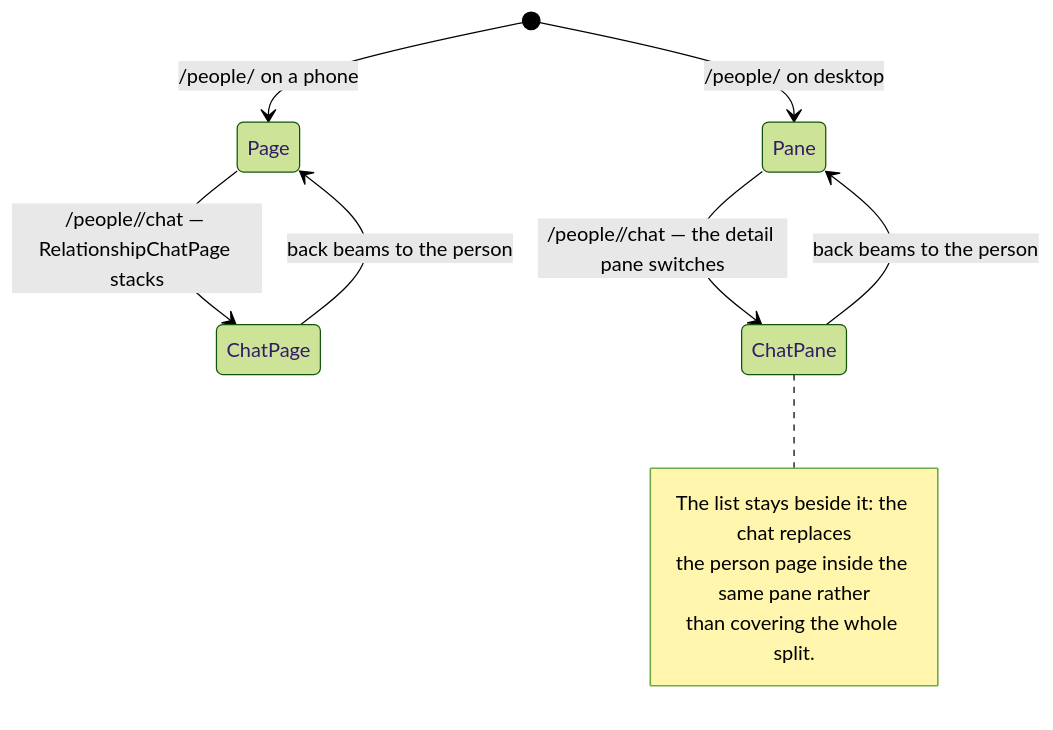
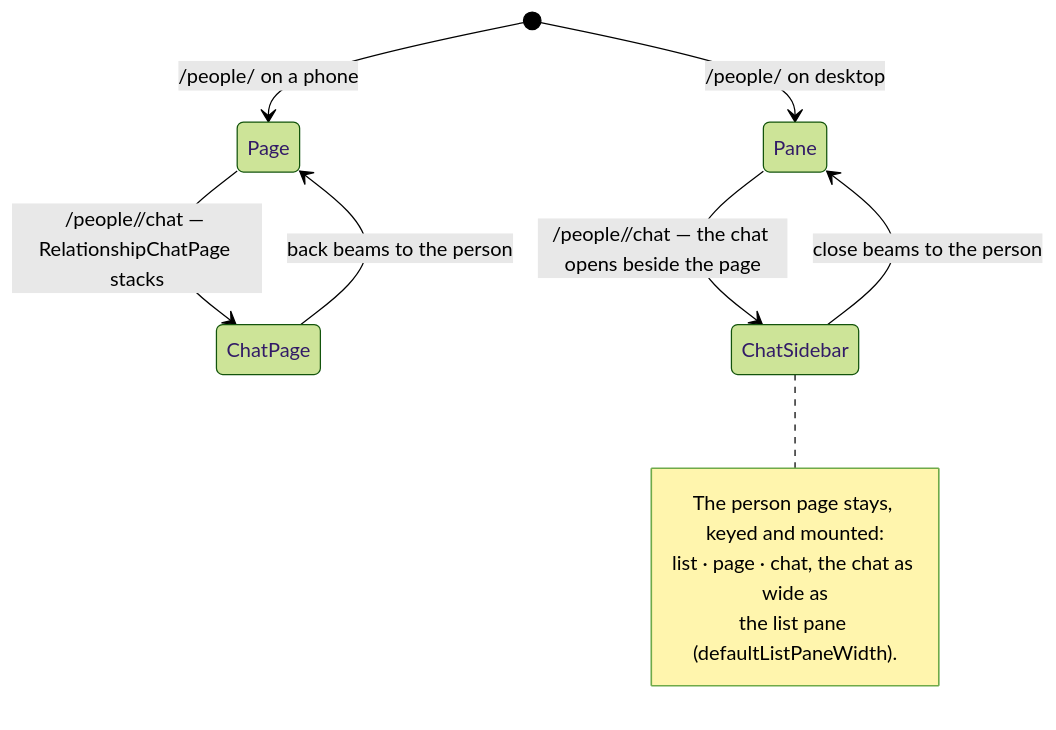
One commit to matthiasn/lotti changed the tenth of 15 diagrams in knowledge/features/relationships.md. Above: the diagram before and after it, drawn with Mermaid (forest theme). The commit also changed other lines of this file and 6 other files, not shown here.

Commit message:
feat(relationships): open the person chat beside the person page on desktop

````diff
--- a/knowledge/features/relationships.md
+++ b/knowledge/features/relationships.md
@@ -1493,14 +1493,14 @@
 ```mermaid
 stateDiagram-v2
     [*] --> Page: /people/<id> on a phone
     [*] --> Pane: /people/<id> on desktop
     Page --> ChatPage: /people/<id>/chat — RelationshipChatPage stacks
     ChatPage --> Page: back beams to the person
-    Pane --> ChatPane: /people/<id>/chat — the detail pane switches
-    ChatPane --> Pane: back beams to the person
-    note right of ChatPane
-      The list stays beside it: the chat replaces
-      the person page inside the same pane rather
-      than covering the whole split.
+    Pane --> ChatSidebar: /people/<id>/chat — the chat opens beside the page
+    ChatSidebar --> Pane: close beams to the person
+    note right of ChatSidebar
+      The person page stays, keyed and mounted:
+      list · page · chat, the chat as wide as
+      the list pane (defaultListPaneWidth).
     end note
 ```
````
